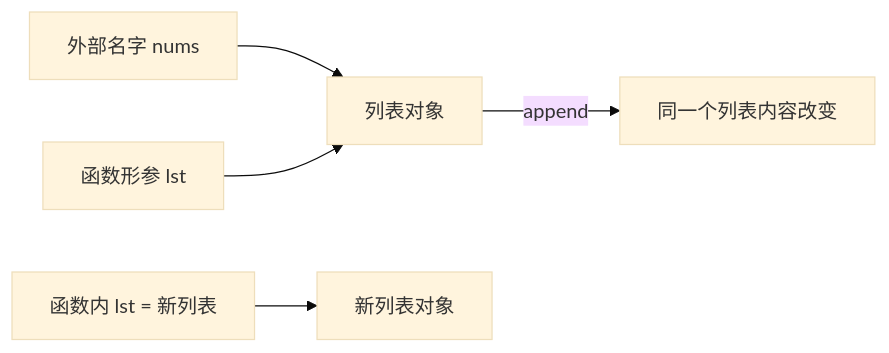
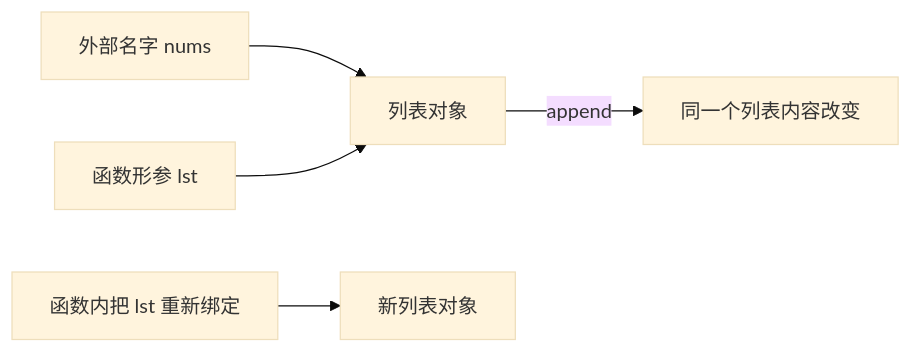
The second of 2 diagrams in review/03-可变对象-对象身份-深浅拷贝-图解与自测.md (studyzhige-ui/python-interview-handbook), drawn with Mermaid (base theme) before and after one commit. The commit also changed other lines of this file and 11 other files, not shown here.

First line of the commit message:
fix: repair Mermaid rendering across review chapters

````diff
--- a/review/03-可变对象-对象身份-深浅拷贝-图解与自测.md
+++ b/review/03-可变对象-对象身份-深浅拷贝-图解与自测.md
@@ -28,7 +28,7 @@
 ```mermaid
 flowchart LR
-    OUT[外部名字 nums] --> OBJ[列表对象]
-    ARG[函数形参 lst] --> OBJ
-    OBJ -- append --> CHANGED[同一个列表内容改变]
-    REBIND[函数内 lst = 新列表] --> NEW[新列表对象]
+    OUT["外部名字 nums"] --> OBJ["列表对象"]
+    ARG["函数形参 lst"] --> OBJ
+    OBJ -->|append| CHANGED["同一个列表内容改变"]
+    REBIND["函数内把 lst 重新绑定"] --> NEW["新列表对象"]
 ```
````
